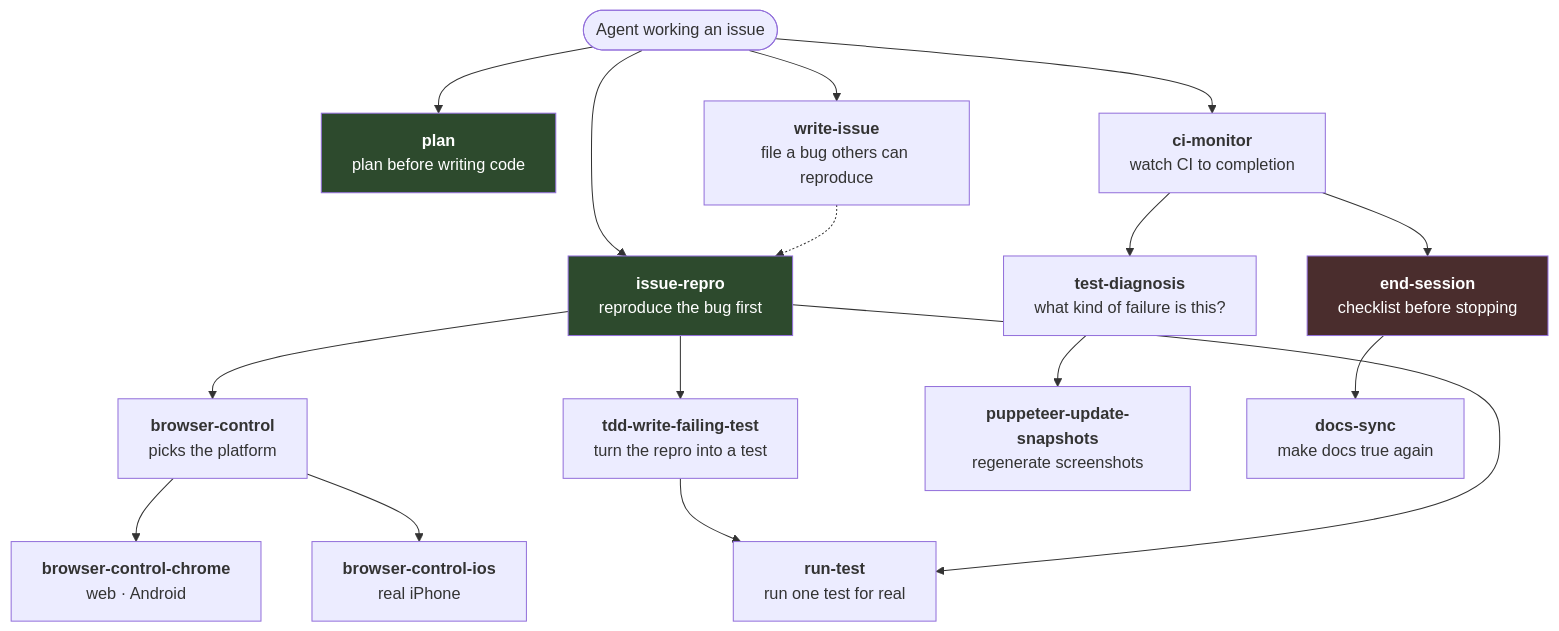
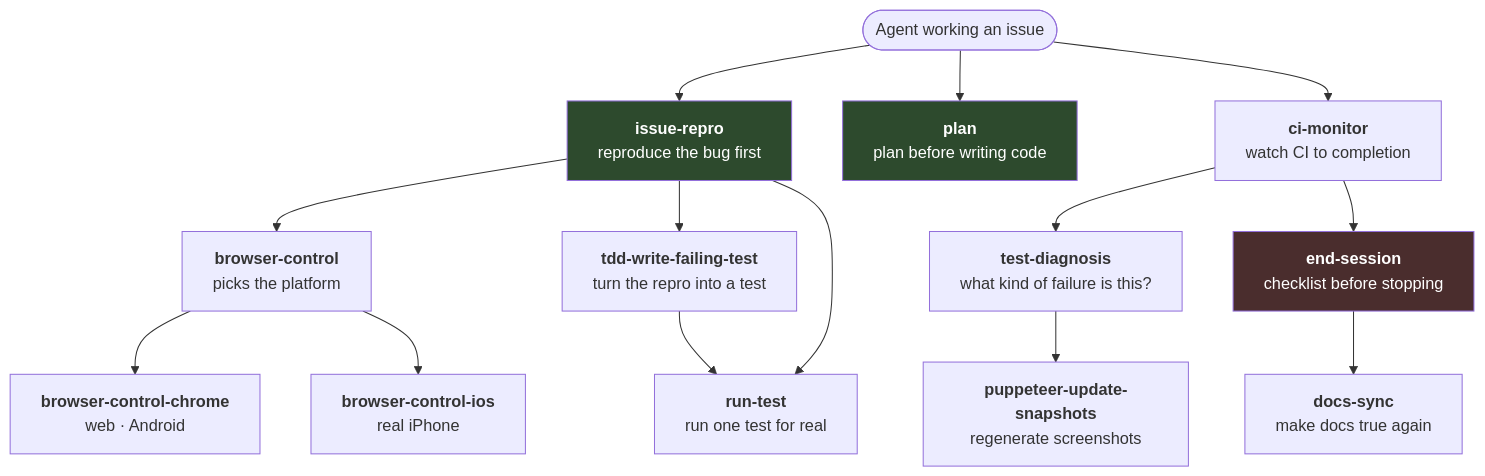
The diagram in docs/agents/skills.md (cybersemics/em), drawn with Mermaid before and after one commit. The commit also changed other lines of this file and 3 other files, not shown here.

First line of the commit message:
docs(agents): correct write-issue framing and register

````diff
--- a/docs/agents/skills.md
+++ b/docs/agents/skills.md
@@ -16,42 +16,38 @@
 ```mermaid
 flowchart TD
     START(["Agent working an issue"])
 
     START --> IR["<b>issue-repro</b><br/>reproduce the bug first"]
     START --> PL["<b>plan</b><br/>plan before writing code"]
     START --> CM["<b>ci-monitor</b><br/>watch CI to completion"]
-    START --> WI["<b>write-issue</b><br/>file a bug others can reproduce"]
-
-    WI -.-> IR
 
     IR --> BC["<b>browser-control</b><br/>picks the platform"]
     BC --> BCC["<b>browser-control-chrome</b><br/>web · Android"]
     BC --> BCI["<b>browser-control-ios</b><br/>real iPhone"]
     IR --> TDD["<b>tdd-write-failing-test</b><br/>turn the repro into a test"]
     TDD --> RT["<b>run-test</b><br/>run one test for real"]
     IR --> RT
 
     CM --> TD["<b>test-diagnosis</b><br/>what kind of failure is this?"]
     TD --> PUS["<b>puppeteer-update-snapshots</b><br/>regenerate screenshots"]
 
     CM --> ES["<b>end-session</b><br/>checklist before stopping"]
     ES --> DS["<b>docs-sync</b><br/>make docs true again"]
 
     style IR fill:#2d4a2d,color:#fff
     style PL fill:#2d4a2d,color:#fff
     style ES fill:#4a2d2d,color:#fff
 
-    click WI "https://github.com/cybersemics/em/blob/HEAD/.github/skills/write-issue/SKILL.md" "write-issue — file an issue that can be reproduced"
     click IR "https://github.com/cybersemics/em/blob/HEAD/docs/agents/skills.md#issue-repro" "issue-repro — reproduce before investigating"
     click PL "https://github.com/cybersemics/em/blob/HEAD/docs/agents/skills.md#plan" "plan — plan and critique before implementing"
     click ES "https://github.com/cybersemics/em/blob/HEAD/docs/agents/skills.md#end-session" "end-session — the exit checklist"
     click DS "https://github.com/cybersemics/em/blob/HEAD/docs/agents/skills.md#docs-sync" "docs-sync — keep documentation true"
     click BC "https://github.com/cybersemics/em/blob/HEAD/docs/agents/skills.md#browser-control" "browser-control — routes by platform"
     click BCC "https://github.com/cybersemics/em/blob/HEAD/docs/agents/skills.md#browser-control-chrome" "browser-control-chrome — web and Android"
     click BCI "https://github.com/cybersemics/em/blob/HEAD/docs/agents/skills.md#browser-control-ios" "browser-control-ios — real iPhone"
     click TDD "https://github.com/cybersemics/em/blob/HEAD/docs/agents/skills.md#tdd-write-failing-test" "tdd-write-failing-test — capture the bug"
     click RT "https://github.com/cybersemics/em/blob/HEAD/docs/agents/skills.md#run-test" "run-test — run one test for real"
     click CM "https://github.com/cybersemics/em/blob/HEAD/docs/agents/skills.md#ci-monitor" "ci-monitor — wait for every check"
     click TD "https://github.com/cybersemics/em/blob/HEAD/docs/agents/skills.md#test-diagnosis" "test-diagnosis — classify the failure"
     click PUS "https://github.com/cybersemics/em/blob/HEAD/docs/agents/skills.md#puppeteer-update-snapshots" "puppeteer-update-snapshots — regenerate screenshots"
 ```
````
